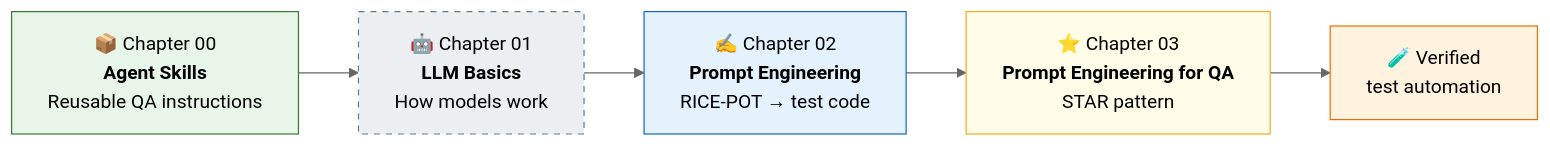
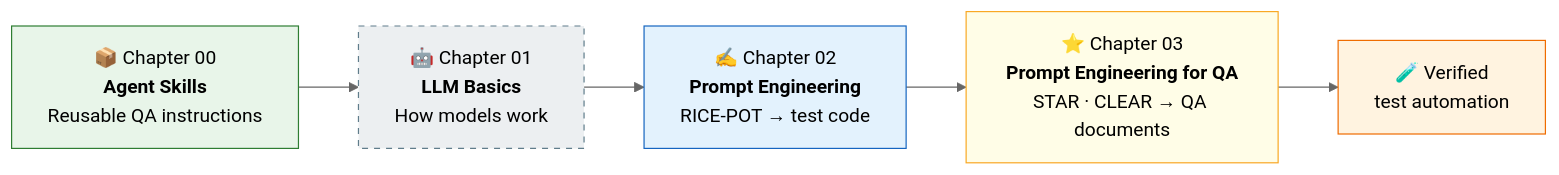
Before and after one commit to Tush783/AITesterBlueprint5X: the first of 5 diagrams in README.md, drawn with Mermaid (neutral theme). The commit also changed other lines of this file and 7 other files, not shown here.

First line of the commit message:
Add Chapter 03 STAR test plan and CLEAR test cases, update README

````diff
--- a/README.md
+++ b/README.md
@@ -89,16 +89,16 @@
 ```mermaid
 flowchart LR
     C0["📦 Chapter 00<br/><b>Agent Skills</b><br/>Reusable QA instructions"]
     C1["🤖 Chapter 01<br/><b>LLM Basics</b><br/>How models work"]
     C2["✍️ Chapter 02<br/><b>Prompt Engineering</b><br/>RICE-POT → test code"]
-    C3["⭐ Chapter 03<br/><b>Prompt Engineering for QA</b><br/>STAR pattern"]
+    C3["⭐ Chapter 03<br/><b>Prompt Engineering for QA</b><br/>STAR · CLEAR → QA documents"]
     OUT["🧪 Verified<br/>test automation"]
 
     C0 --> C1 --> C2 --> C3 --> OUT
 
     style C0 fill:#e8f5e9,stroke:#2e7d32
     style C1 fill:#eceff1,stroke:#607d8b,stroke-dasharray: 5 5
     style C2 fill:#e3f2fd,stroke:#1565c0
     style C3 fill:#fffde7,stroke:#f9a825
     style OUT fill:#fff3e0,stroke:#ef6c00
 ```
````
